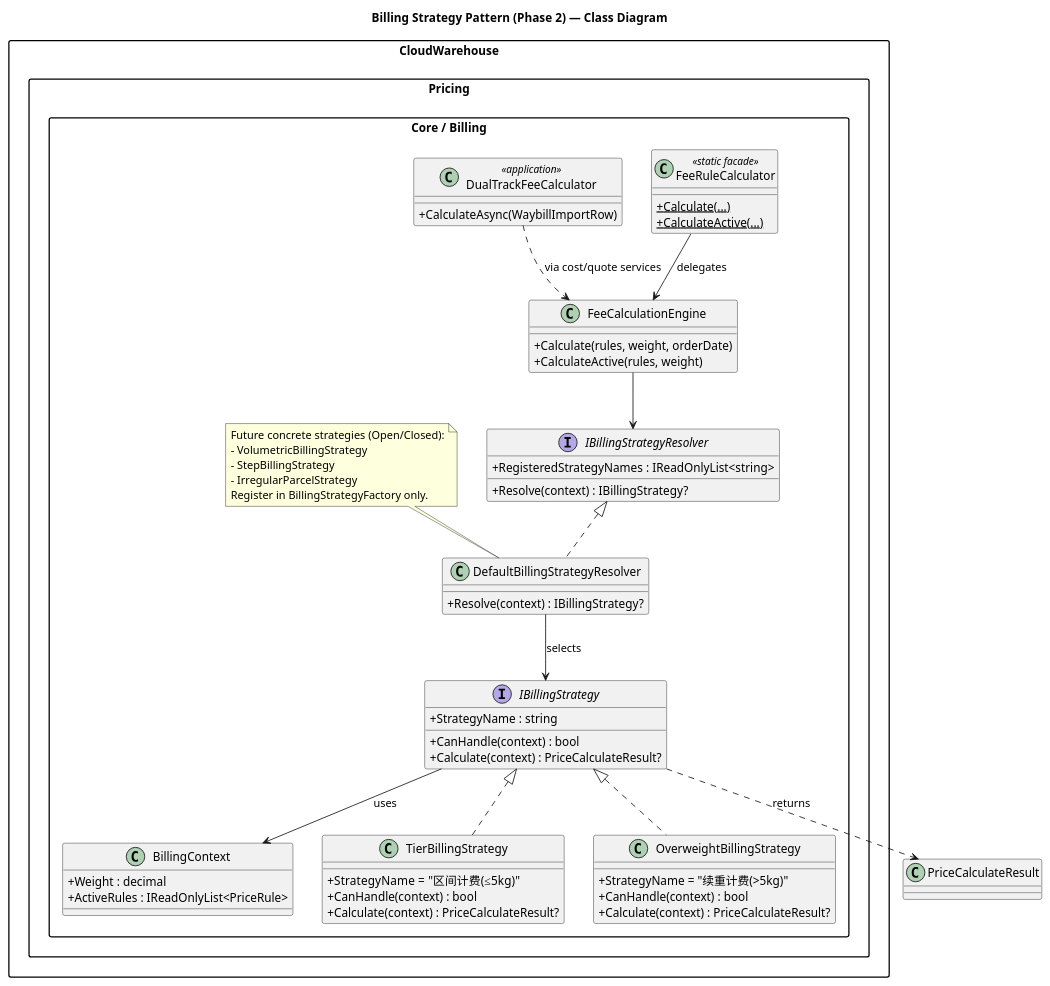
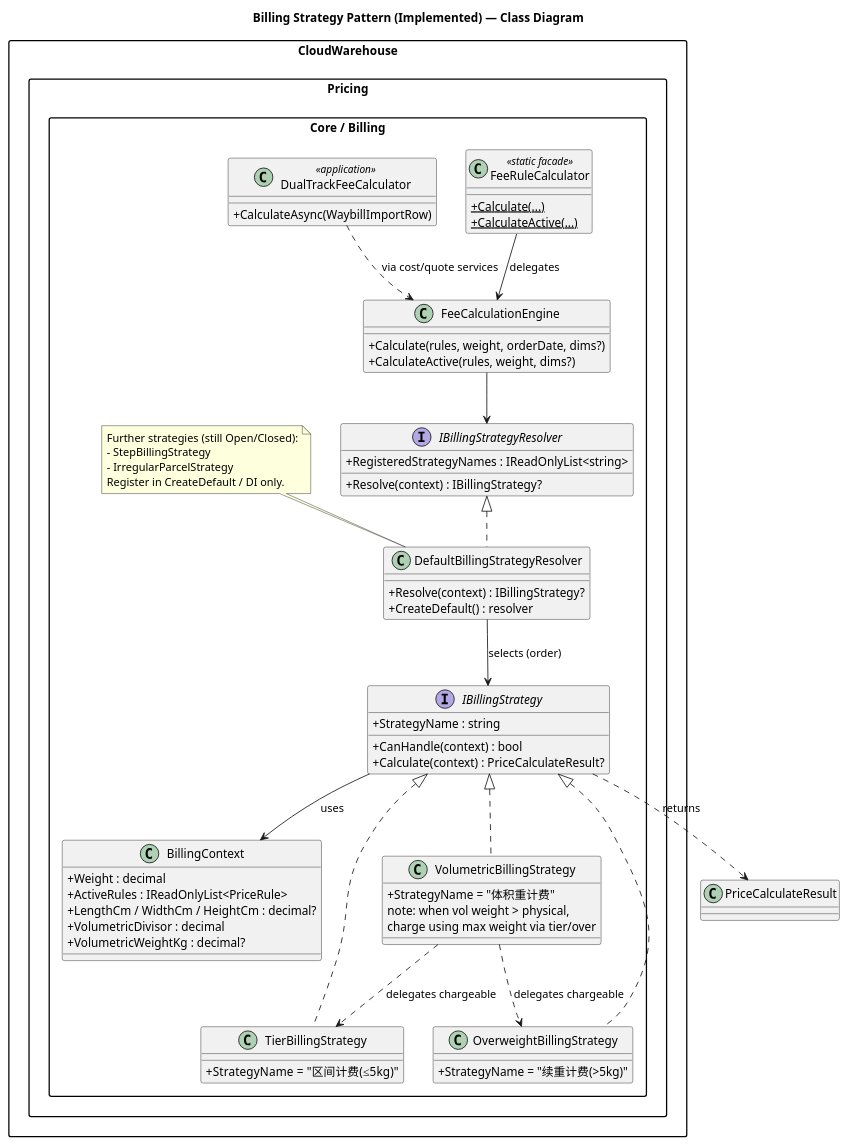
Before and after one commit to chenyuxiangAK47/cloudwarehouse-csharp: the diagram in docs/diagrams/13-billing-strategy-class.puml, drawn with PlantUML. The commit also changed 28 other files, not shown here.

First line of the commit message:
Add rule knowledge lookup and volumetric billing strategy.

```diff
--- a/docs/diagrams/13-billing-strategy-class.puml
+++ b/docs/diagrams/13-billing-strategy-class.puml
@@ -1,80 +1,87 @@
 @startuml CloudWarehouse_Billing_Strategy_Pattern
-title Billing Strategy Pattern (Phase 2) — Class Diagram
+title Billing Strategy Pattern (Implemented) — Class Diagram
 
 skinparam classAttributeIconSize 0
 skinparam packageStyle rectangle
 
 package "CloudWarehouse.Pricing.Core / Billing" {
 
   class BillingContext {
     + Weight : decimal
     + ActiveRules : IReadOnlyList<PriceRule>
+    + LengthCm / WidthCm / HeightCm : decimal?
+    + VolumetricDivisor : decimal
+    + VolumetricWeightKg : decimal?
   }
 
   interface IBillingStrategy {
     + StrategyName : string
     + CanHandle(context) : bool
     + Calculate(context) : PriceCalculateResult?
   }
 
   class TierBillingStrategy {
     + StrategyName = "区间计费(≤5kg)"
-    + CanHandle(context) : bool
-    + Calculate(context) : PriceCalculateResult?
   }
 
   class OverweightBillingStrategy {
     + StrategyName = "续重计费(>5kg)"
-    + CanHandle(context) : bool
-    + Calculate(context) : PriceCalculateResult?
+  }
+
+  class VolumetricBillingStrategy {
+    + StrategyName = "体积重计费"
+    note: when vol weight > physical,\ncharge using max weight via tier/over
   }
 
   interface IBillingStrategyResolver {
     + Resolve(context) : IBillingStrategy?
     + RegisteredStrategyNames : IReadOnlyList<string>
   }
 
   class DefaultBillingStrategyResolver {
     + Resolve(context) : IBillingStrategy?
+    + CreateDefault() : resolver
   }
 
   class FeeCalculationEngine {
-    + Calculate(rules, weight, orderDate)
-    + CalculateActive(rules, weight)
+    + Calculate(rules, weight, orderDate, dims?)
+    + CalculateActive(rules, weight, dims?)
   }
 
   class FeeRuleCalculator <<static facade>> {
     {static} + Calculate(...)
     {static} + CalculateActive(...)
   }
 
   class DualTrackFeeCalculator <<application>> {
     + CalculateAsync(WaybillImportRow)
   }
 
   note as Future <<planned>>
-    Future concrete strategies (Open/Closed):
-    - VolumetricBillingStrategy
+    Further strategies (still Open/Closed):
     - StepBillingStrategy
     - IrregularParcelStrategy
-    Register in BillingStrategyFactory only.
+    Register in CreateDefault / DI only.
   end note
 }
 
 IBillingStrategy <|.. TierBillingStrategy
 IBillingStrategy <|.. OverweightBillingStrategy
+IBillingStrategy <|.. VolumetricBillingStrategy
 IBillingStrategyResolver <|.. DefaultBillingStrategyResolver
-DefaultBillingStrategyResolver --> IBillingStrategy : selects
+DefaultBillingStrategyResolver --> IBillingStrategy : selects (order)
 FeeCalculationEngine --> IBillingStrategyResolver
 FeeRuleCalculator --> FeeCalculationEngine : delegates
 DualTrackFeeCalculator ..> FeeCalculationEngine : via cost/quote services
 IBillingStrategy --> BillingContext : uses
 IBillingStrategy ..> PriceCalculateResult : returns
+VolumetricBillingStrategy ..> TierBillingStrategy : delegates chargeable
+VolumetricBillingStrategy ..> OverweightBillingStrategy : delegates chargeable
 Future .. DefaultBillingStrategyResolver
 
 ' --- Presentation script (EN) ---
-' 1. We refactored fee calculation from if/else into Strategy Pattern for billing variants.
-' 2. TierBillingStrategy handles ≤5kg brackets; OverweightBillingStrategy handles >5kg.
-' 3. New schemes (volumetric, step) extend IBillingStrategy without changing FeeRuleCalculator callers.
+' 1. Fee calculation uses Strategy Pattern: Tier, Overweight, and Volumetric.
+' 2. Volumetric proves Open/Closed: new class + DI registration, callers unchanged.
+' 3. Dual-track billing still uses FeeCalculationEngine as system of record.
 
 @enduml
```
